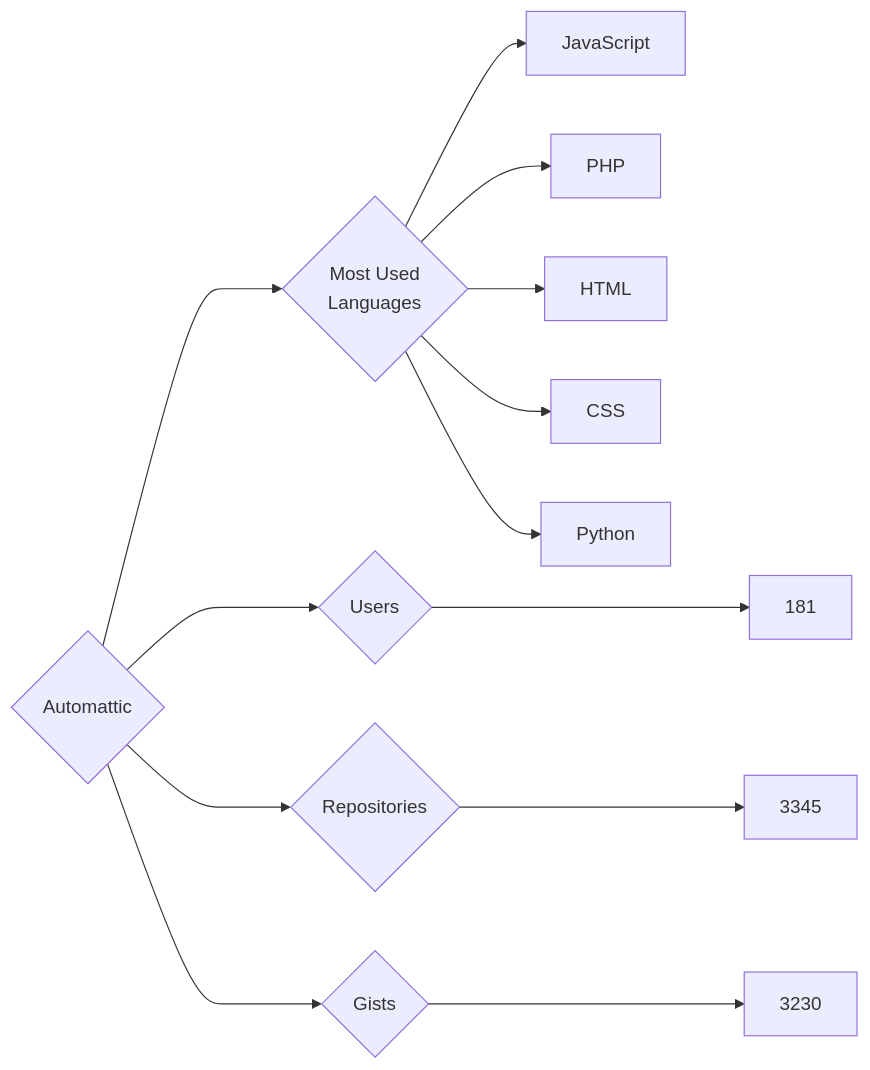
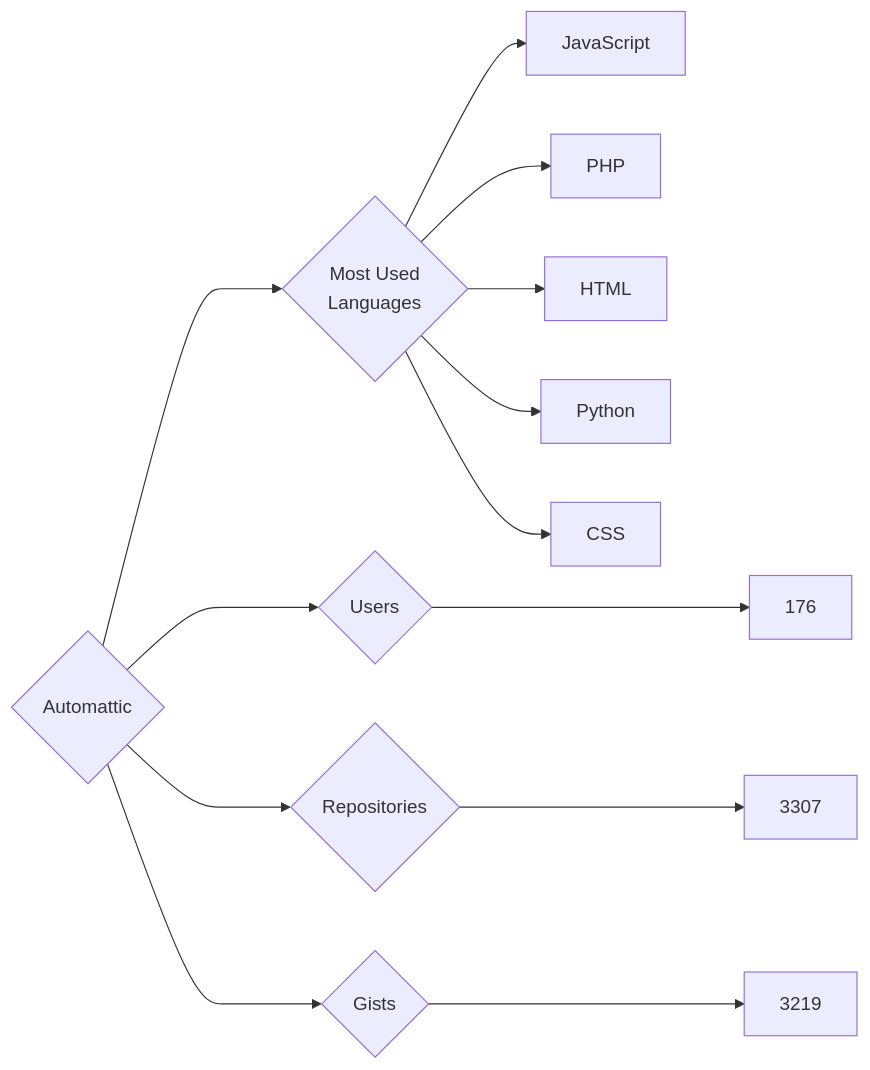
One commit to trickest/insiders changed the diagram in targets/Automattic/README.md. Above: the diagram before and after it, drawn with Mermaid. The commit also changed 860 other files, not shown here.

````diff
--- a/targets/Automattic/README.md
+++ b/targets/Automattic/README.md
@@ -3,13 +3,13 @@
 ```mermaid
 graph LR
 COMPANY_NAME{Automattic}
-COMPANY_NAME ---> U{Users} ---> UN[181]
-COMPANY_NAME ---> R{Repositories} ---> RN[3345]
-COMPANY_NAME ---> G{Gists} ---> GN[3230]
+COMPANY_NAME ---> U{Users} ---> UN[176]
+COMPANY_NAME ---> R{Repositories} ---> RN[3307]
+COMPANY_NAME ---> G{Gists} ---> GN[3219]
 COMPANY_NAME ---> ML{Most Used<br>Languages}
 ML --> JavaScript[JavaScript]
 ML --> PHP[PHP]
 ML --> HTML[HTML]
+ML --> Python[Python]
 ML --> CSS[CSS]
-ML --> Python[Python]
 ```
````
